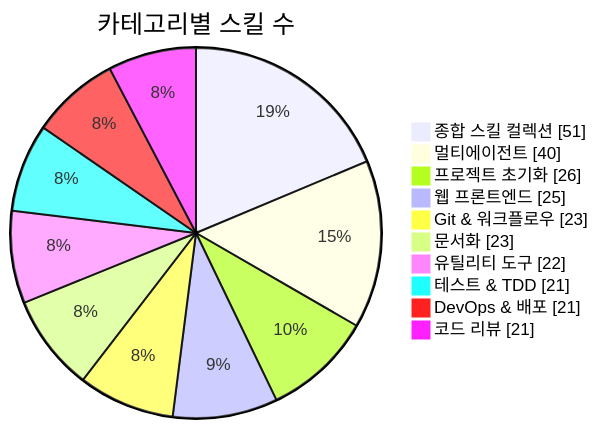
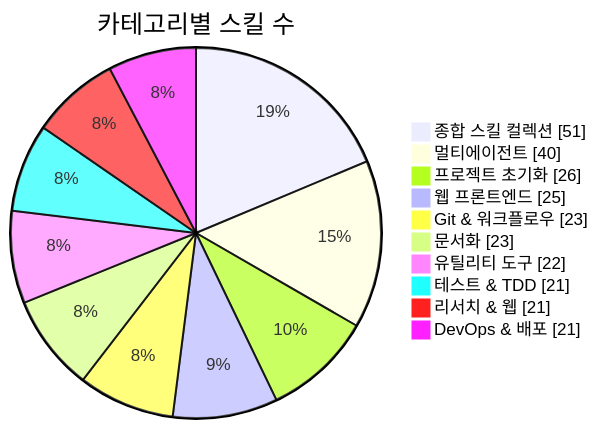
One commit to J-nowcow/awesome-korean-agent-skills changed the first of 3 diagrams in README.md. Above: the diagram before and after it, drawn with Mermaid. The commit also changed other lines of this file and 4 other files, not shown here.

````diff
--- a/README.md
+++ b/README.md
@@ -176,14 +176,14 @@
 ```mermaid
 pie showData
     title 카테고리별 스킬 수
     "종합 스킬 컬렉션" : 51
     "멀티에이전트" : 40
     "프로젝트 초기화" : 26
     "웹 프론트엔드" : 25
     "Git & 워크플로우" : 23
     "문서화" : 23
     "유틸리티 도구" : 22
     "테스트 & TDD" : 21
+    "리서치 & 웹" : 21
     "DevOps & 배포" : 21
-    "코드 리뷰" : 21
 ```
````
